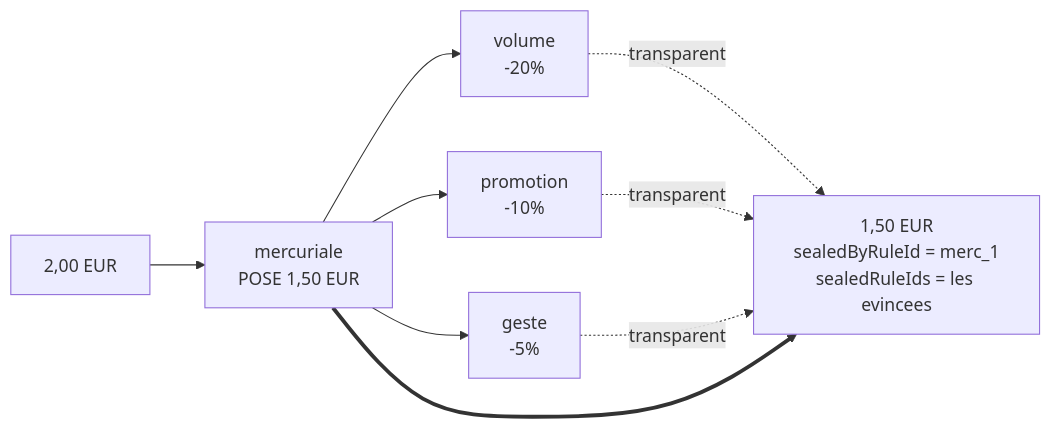
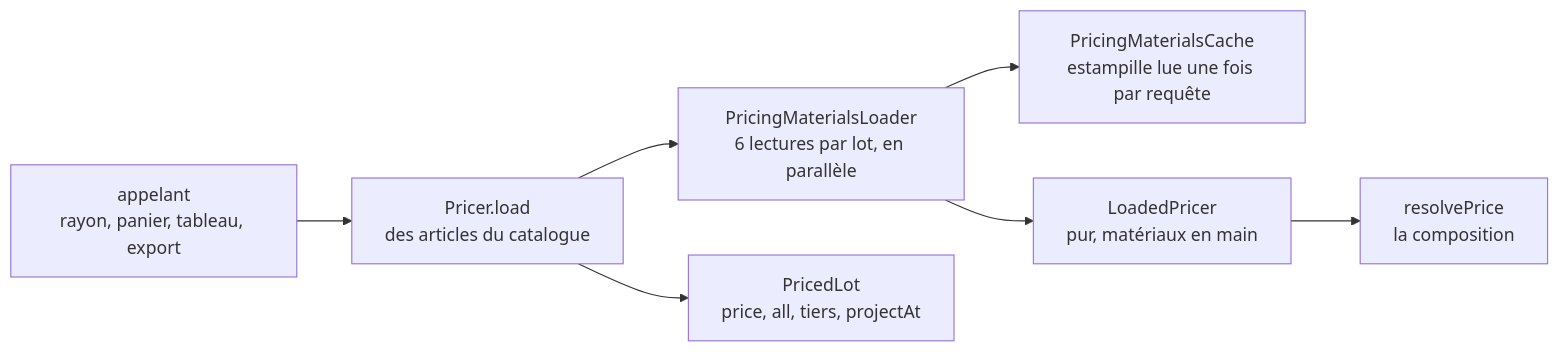
The second of 2 diagrams in documentation/pricing/comment-un-prix-se-fabrique.md (hugoheynard/lfd), drawn with Mermaid before and after one commit. The commit also changed other lines of this file and 1 other file, not shown here.

First line of the commit message:
docs(pricing): comment un prix se fabrique, réécrit contre le code

````diff
--- a/documentation/pricing/comment-un-prix-se-fabrique.md
+++ b/documentation/pricing/comment-un-prix-se-fabrique.md
@@ -132,11 +53,9 @@
 ```mermaid
 flowchart LR
-  K["2,00 EUR"] --> M["mercuriale<br/>POSE 1,50 EUR"]
-  M --> V["volume<br/>-20%"]
-  M --> P["promotion<br/>-10%"]
-  M --> G["geste<br/>-5%"]
-  V -.->|transparent| OUT
-  P -.->|transparent| OUT
-  G -.->|transparent| OUT
-  M ==> OUT["1,50 EUR<br/>sealedByRuleId = merc_1<br/>sealedRuleIds = les evincees"]
+  A["appelant<br/>rayon, panier, tableau, export"] --> P["Pricer.load<br/>des articles du catalogue"]
+  P --> L["PricingMaterialsLoader<br/>6 lectures par lot, en parallèle"]
+  L --> C["PricingMaterialsCache<br/>estampille lue une fois par requête"]
+  L --> T["LoadedPricer<br/>pur, matériaux en main"]
+  T --> R["resolvePrice<br/>la composition"]
+  P --> O["PricedLot<br/>price, all, tiers, projectAt"]
 ```
````
